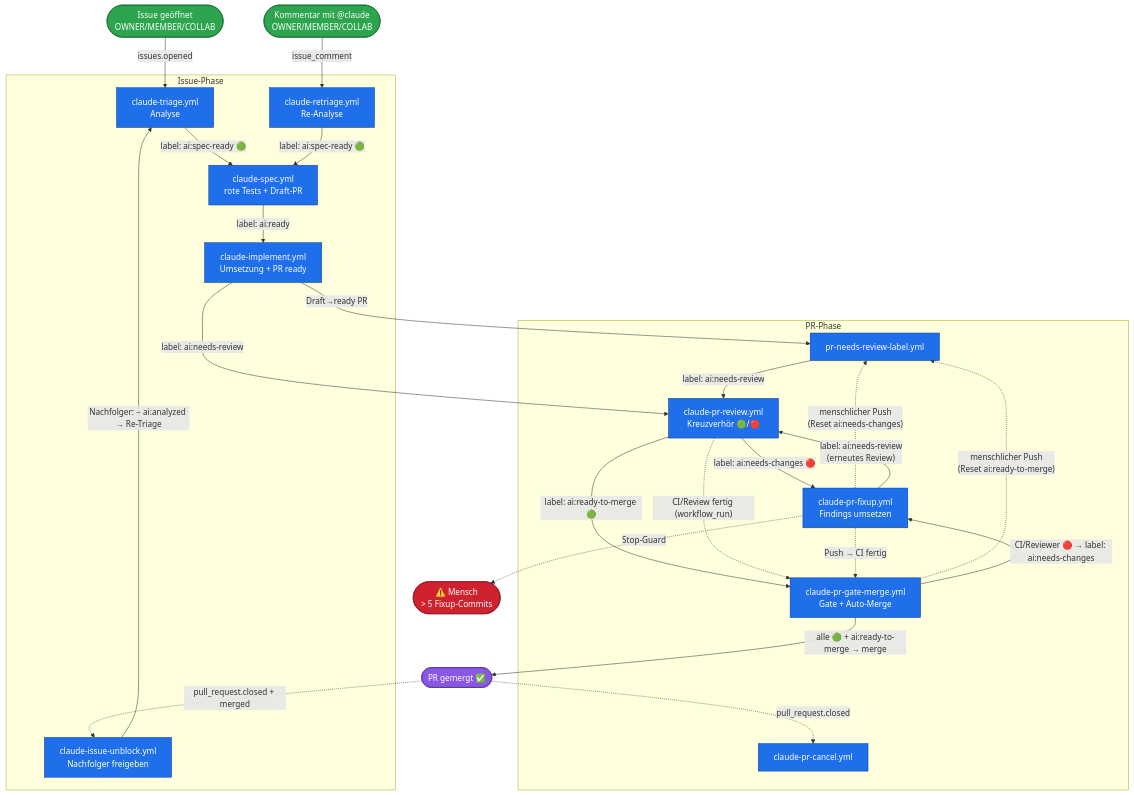
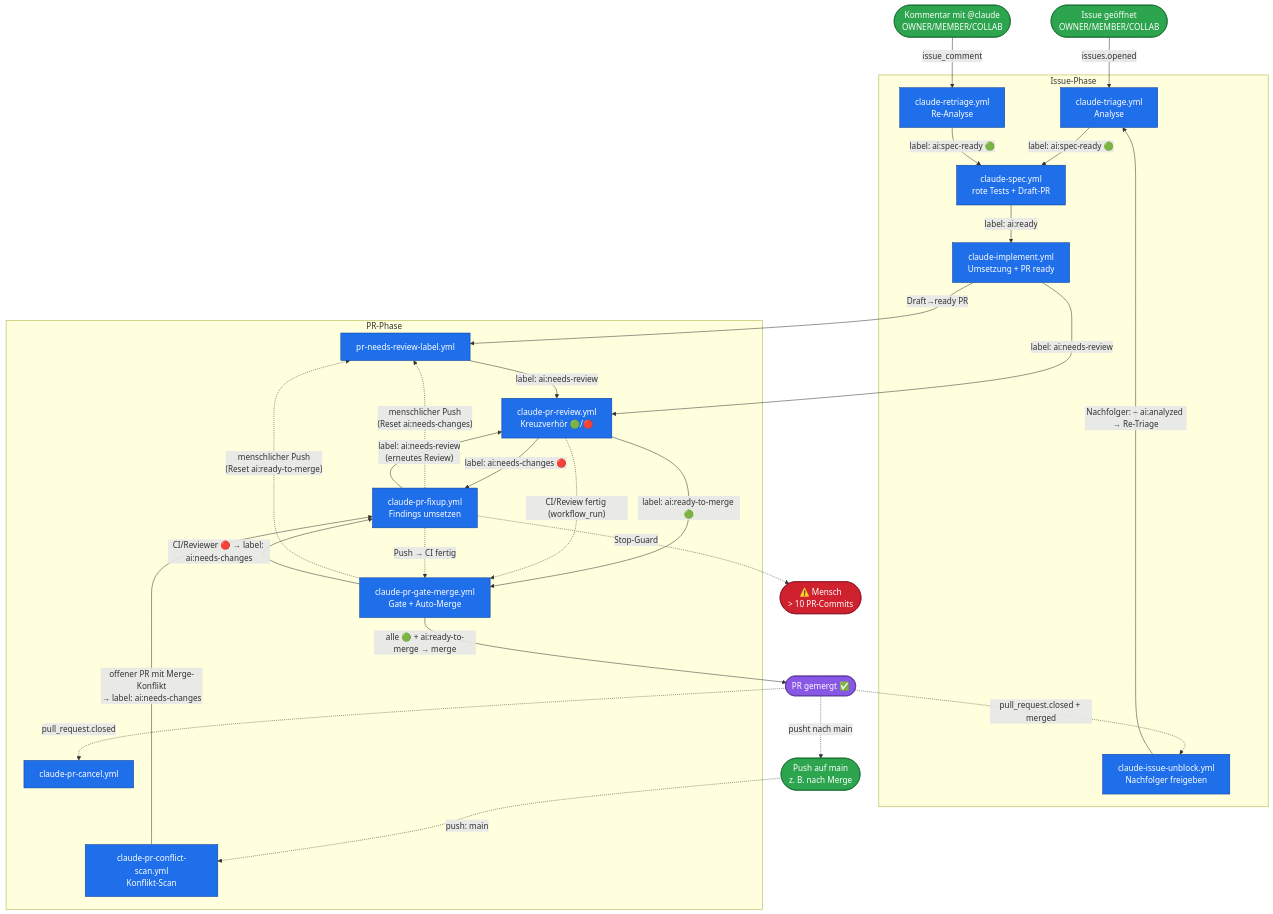
One commit to deleonio/priority-pilot changed the diagram in docs/pipeline-flow.md. Above: the diagram before and after it, drawn with Mermaid. The commit also changed other lines of this file and 1 other file, not shown here.

Commit message:
docs: document conflict-scan workflow and workflow-optimization plan

````diff
--- a/docs/pipeline-flow.md
+++ b/docs/pipeline-flow.md
@@ -8,69 +8,76 @@
 ```mermaid
 flowchart TD
     %% ====== Eintritt ======
     start([Issue geöffnet<br/>OWNER/MEMBER/COLLAB]):::evt
     cmt([Kommentar mit @claude<br/>OWNER/MEMBER/COLLAB]):::evt
+    pushmain([Push auf main<br/>z. B. nach Merge]):::evt
 
     %% ====== Issue-Phase ======
     subgraph ISSUE [Issue-Phase]
         triage[claude-triage.yml<br/>Analyse]:::wf
         retriage[claude-retriage.yml<br/>Re-Analyse]:::wf
         spec[claude-spec.yml<br/>rote Tests + Draft-PR]:::wf
         implement[claude-implement.yml<br/>Umsetzung + PR ready]:::wf
         unblock[claude-issue-unblock.yml<br/>Nachfolger freigeben]:::wf
     end
 
     %% ====== PR-Phase ======
     subgraph PR [PR-Phase]
         autolabel[pr-needs-review-label.yml]:::wf
         review[claude-pr-review.yml<br/>Kreuzverhör 🟢/🔴]:::wf
         fixup[claude-pr-fixup.yml<br/>Findings umsetzen]:::wf
         gatemerge[claude-pr-gate-merge.yml<br/>Gate + Auto-Merge]:::wf
         cancel[claude-pr-cancel.yml]:::wf
+        conflictscan[claude-pr-conflict-scan.yml<br/>Konflikt-Scan]:::wf
     end
 
     merged([PR gemergt ✅]):::done
-    human([⚠️ Mensch<br/>> 5 Fixup-Commits]):::stop
+    human([⚠️ Mensch<br/>> 10 PR-Commits]):::stop
 
     %% ---- Issue-Trigger ----
     start -->|issues.opened| triage
     cmt -->|issue_comment| retriage
     triage -->|"label: ai:spec-ready 🟢"| spec
     retriage -->|"label: ai:spec-ready 🟢"| spec
     spec -->|"label: ai:ready"| implement
 
     %% ---- Übergang Issue -> PR ----
     implement -->|Draft→ready PR| autolabel
     implement -->|"label: ai:needs-review"| review
     autolabel -->|"label: ai:needs-review"| review
 
     %% ---- Push-Reset-Pfad (jeder menschliche Push auf den PR-Branch) ----
     gatemerge -.->|"menschlicher Push<br/>(Reset ai:ready-to-merge)"| autolabel
     fixup -.->|"menschlicher Push<br/>(Reset ai:needs-changes)"| autolabel
 
     %% ---- Review-Verzweigung ----
     review -->|"label: ai:needs-changes 🔴"| fixup
     review -->|"label: ai:ready-to-merge 🟢"| gatemerge
 
     %% ---- Fixup-Schleife ----
     fixup -->|"label: ai:needs-review<br/>(erneutes Review)"| review
     fixup -.->|"Stop-Guard"| human
 
     %% ---- Deterministisches Gate (workflow_run) ----
     review -.->|"CI/Review fertig (workflow_run)"| gatemerge
     fixup -.->|"Push → CI fertig"| gatemerge
     gatemerge -->|"CI/Reviewer 🔴 → label: ai:needs-changes"| fixup
     gatemerge -->|"alle 🟢 + ai:ready-to-merge → merge"| merged
 
     %% ---- Abschluss ----
     merged -.->|pull_request.closed| cancel
 
     %% ---- Merge-getriebenes Unblocking aufeinander aufbauender Issues ----
     merged -.->|"pull_request.closed + merged"| unblock
     unblock -->|"Nachfolger: − ai:analyzed → Re-Triage"| triage
 
+    %% ---- Konflikt-Scan bei Push auf main (z. B. nach Merge) ----
+    merged -.->|"pusht nach main"| pushmain
+    pushmain -.->|"push: main"| conflictscan
+    conflictscan -->|"offener PR mit Merge-Konflikt<br/>→ label: ai:needs-changes"| fixup
+
     classDef wf fill:#1f6feb,stroke:#0b3d91,color:#fff;
     classDef evt fill:#2da44e,stroke:#116329,color:#fff;
     classDef done fill:#8957e5,stroke:#4c2889,color:#fff;
     classDef stop fill:#cf222e,stroke:#82071e,color:#fff;
 ```
````
